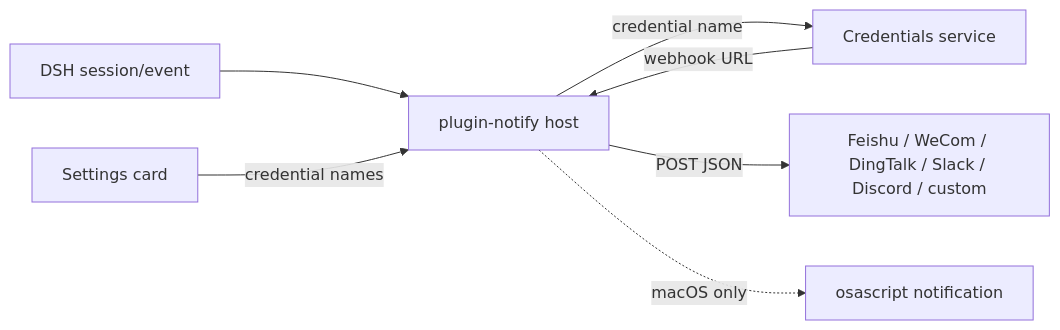
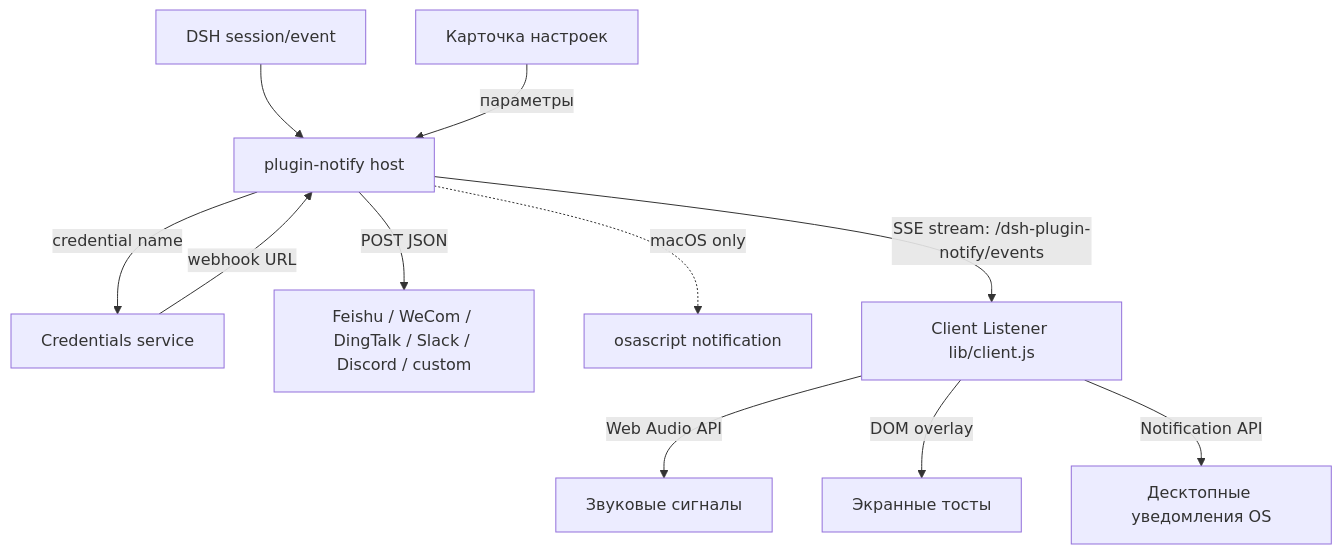
One commit to GooDAnDReaDY/dsh-plugin-notify changed the diagram in README.ru.md. Above: the diagram before and after it, drawn with Mermaid. The commit also changed other lines of this file and 8 other files, not shown here.

First line of the commit message:
feat(notify): audio chimes, cross-session toasts, desktop push, and settings cleanup (#16 #17 #18)

````diff
--- a/README.ru.md
+++ b/README.ru.md
@@ -47,9 +51,13 @@
 ```mermaid
-graph LR
+graph TD
   A[DSH session/event] --> B[plugin-notify host]
   B -->|credential name| C[Credentials service]
   C -->|webhook URL| B
   B -->|POST JSON| D[Feishu / WeCom / DingTalk / Slack / Discord / custom]
   B -.->|macOS only| E[osascript notification]
-  F[Settings card] -->|credential names| B
+  B -->|SSE stream: /dsh-plugin-notify/events| F[Client Listener lib/client.js]
+  F -->|Web Audio API| G[Звуковые сигналы]
+  F -->|DOM overlay| H[Экранные тосты]
+  F -->|Notification API| I[Десктопные уведомления OS]
+  J[Карточка настроек] -->|параметры| B
 ```
````
